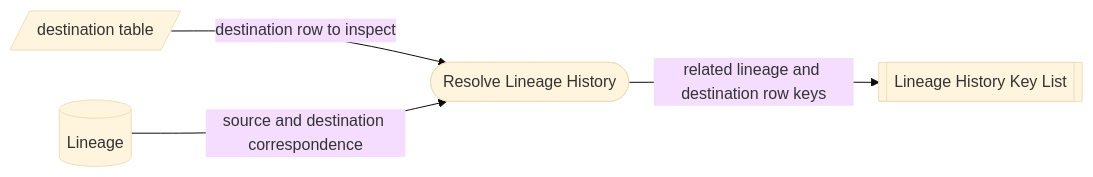
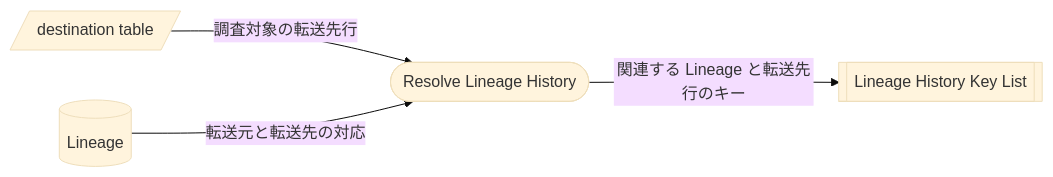
The sixth of 7 diagrams in packages/transfer/docs/processes/lineage-trace-process.md (mk3008/rawsql-ts), drawn with Mermaid (base theme) before and after one commit. The commit also changed other lines of this file and 70 other files, not shown here.

````diff
--- a/packages/transfer/docs/processes/lineage-trace-process.md
+++ b/packages/transfer/docs/processes/lineage-trace-process.md
@@ -108,11 +113,11 @@
 ```mermaid
 flowchart LR
   DestinationTable[/"destination table"/]
   Lineage[("Lineage")]
   ResolveLineageHistory(["Resolve Lineage History"])
   LineageHistoryKeyList[["Lineage History Key List"]]
 
-  DestinationTable -->|"destination row to inspect"| ResolveLineageHistory
-  Lineage -->|"source and destination correspondence"| ResolveLineageHistory
-  ResolveLineageHistory -->|"related lineage and destination row keys"| LineageHistoryKeyList
+  DestinationTable -->|"調査対象の転送先行"| ResolveLineageHistory
+  Lineage -->|"転送元と転送先の対応"| ResolveLineageHistory
+  ResolveLineageHistory -->|"関連する Lineage と転送先行のキー"| LineageHistoryKeyList
 ```
````
